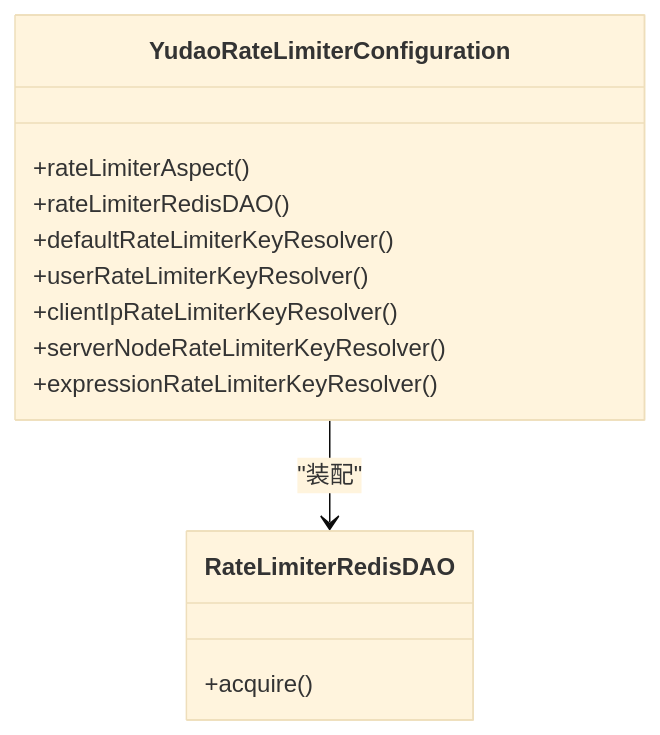
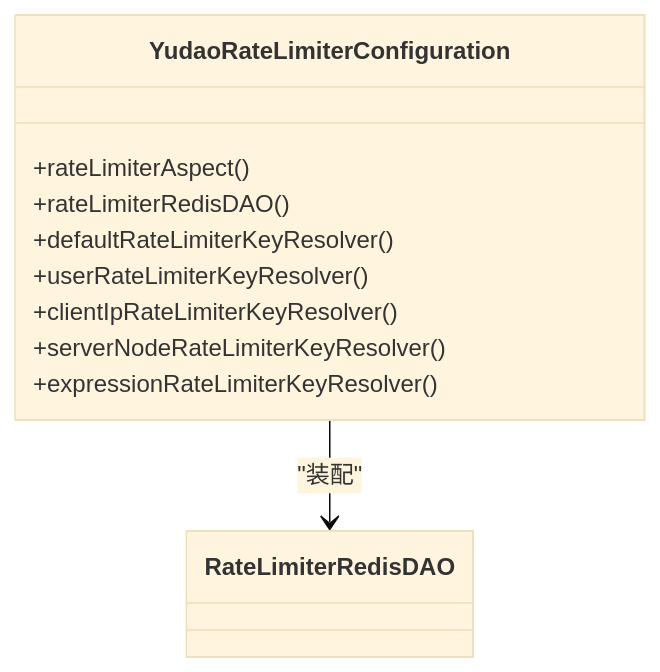
Before and after one commit to xiaoche80s-tech/rouyi-vue-pro: the fourth of 8 diagrams in .qoder/repowiki/zh/content/扩展开发/性能优化扩展/性能优化扩展.md, drawn with Mermaid (base theme). The commit also changed other lines of this file and 515 other files, not shown here.

````diff
--- a/.qoder/repowiki/zh/content/扩展开发/性能优化扩展/性能优化扩展.md
+++ b/.qoder/repowiki/zh/content/扩展开发/性能优化扩展/性能优化扩展.md
@@ -163,16 +169,13 @@
 ```mermaid
 classDiagram
 class YudaoRateLimiterConfiguration {
 +rateLimiterAspect()
 +rateLimiterRedisDAO()
 +defaultRateLimiterKeyResolver()
 +userRateLimiterKeyResolver()
 +clientIpRateLimiterKeyResolver()
 +serverNodeRateLimiterKeyResolver()
 +expressionRateLimiterKeyResolver()
 }
-class RateLimiterRedisDAO {
-+acquire()
-}
 YudaoRateLimiterConfiguration --> RateLimiterRedisDAO : "装配"
 ```
````
